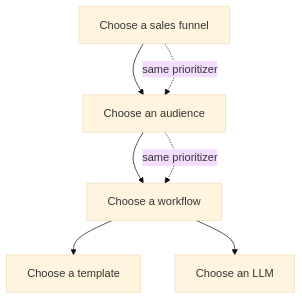
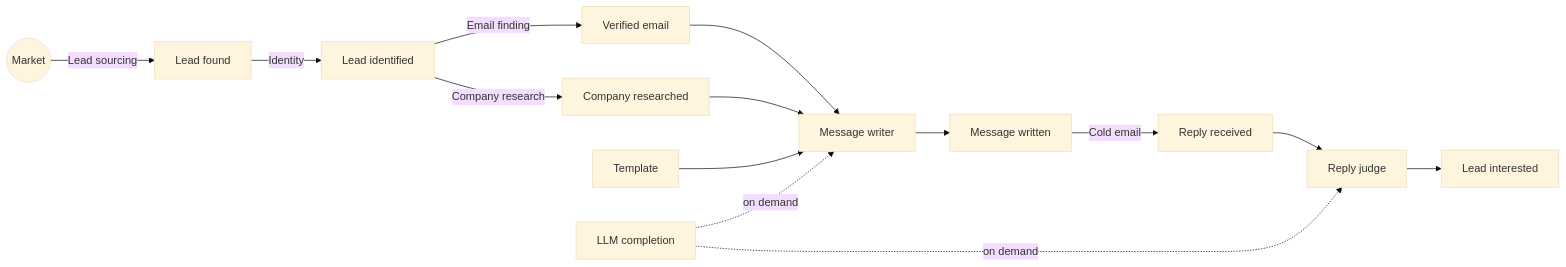
Before and after one commit to distribute-you/gtm-factory: the diagram in docs/framework.md, drawn with Mermaid (base theme). The commit also changed other lines of this file and 87 other files, not shown here.

````diff
--- a/docs/framework.md
+++ b/docs/framework.md
@@ -126,9 +13,16 @@
 ```mermaid
-flowchart TD
-  F[Choose a sales funnel] --> A[Choose an audience]
-  A --> W[Choose a workflow]
-  W --> T[Choose a template]
-  W --> L[Choose an LLM]
-  F -.same prioritizer.-> A
-  A -.same prioritizer.-> W
+flowchart LR
+  M((Market)) -->|Lead sourcing| F[Lead found]
+  F -->|Identity| I[Lead identified]
+  I -->|Email finding| E[Verified email]
+  I -->|Company research| C[Company researched]
+  E --> W[Message writer]
+  C --> W
+  T[Template] --> W
+  L[LLM completion] -.on demand.-> W
+  W --> R[Message written]
+  R -->|Cold email| Y[Reply received]
+  Y --> J[Reply judge]
+  L -.on demand.-> J
+  J --> N[Lead interested]
 ```
````
